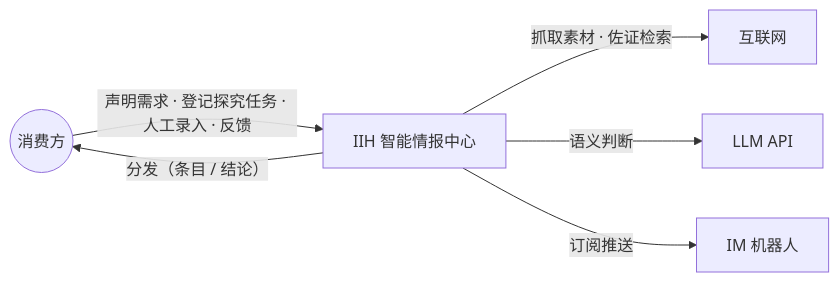
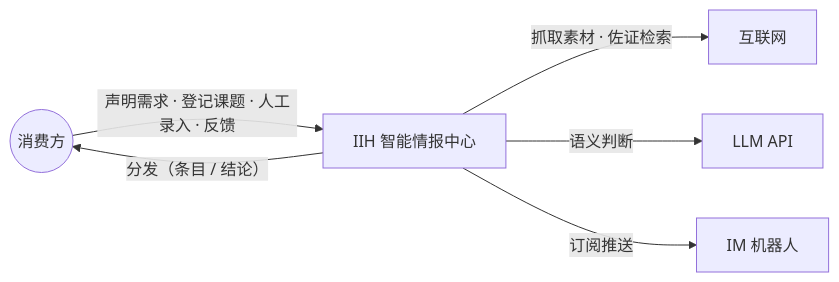
The first of 3 diagrams in backlog/docs/doc-05 - 技术架构-Technical-Architecture.md (leoricmaster/iih), drawn with Mermaid before and after one commit. The commit also changed 6 other files, not shown here.

````diff
--- a/backlog/docs/doc-05 - 技术架构-Technical-Architecture.md
+++ b/backlog/docs/doc-05 - 技术架构-Technical-Architecture.md
@@ -27,14 +27,14 @@
 ```mermaid
 flowchart LR
     U((消费方))
     IIH[IIH 智能情报中心]
     WEB[互联网]
     LLM[LLM API]
     PUSH[IM 机器人]
 
-    U -->|声明需求 · 登记探究任务 · 人工录入 · 反馈| IIH
+    U -->|声明需求 · 登记课题 · 人工录入 · 反馈| IIH
     IIH -->|分发（条目 / 结论）| U
     IIH -->|抓取素材 · 佐证检索| WEB
     IIH -->|语义判断| LLM
     IIH -->|订阅推送| PUSH
 ```
````
